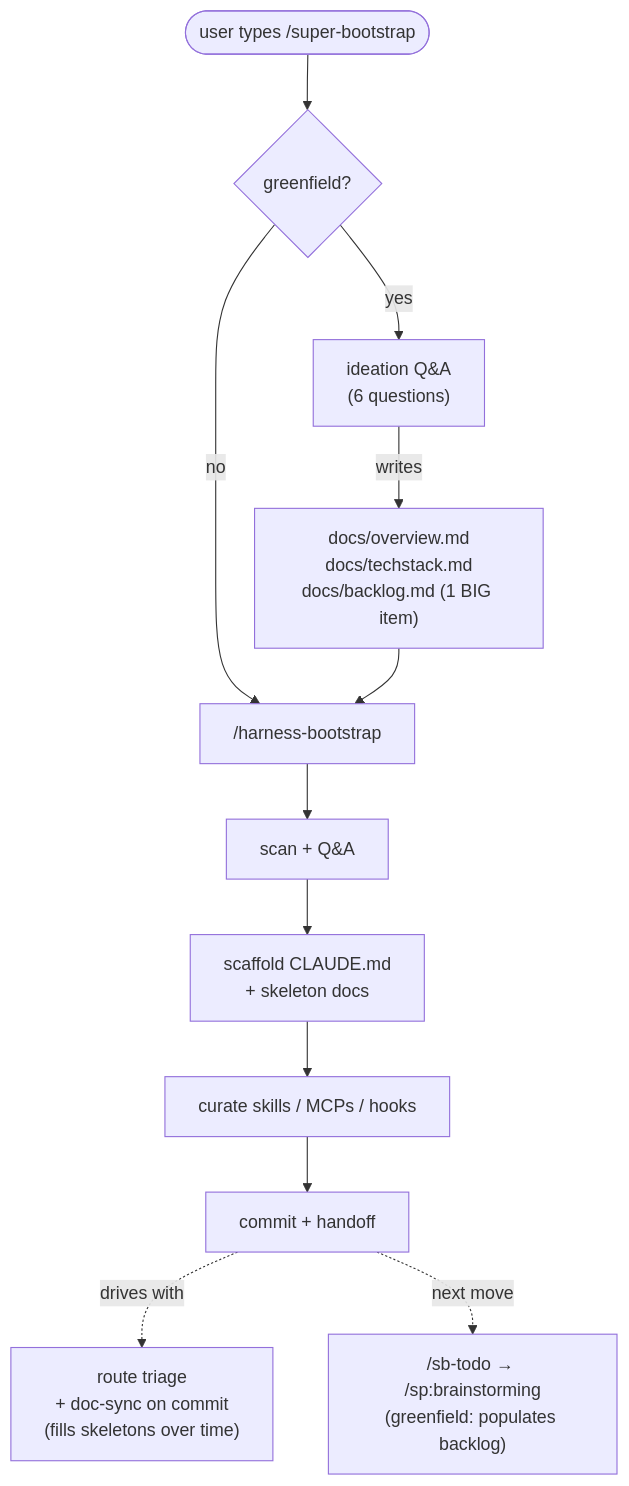
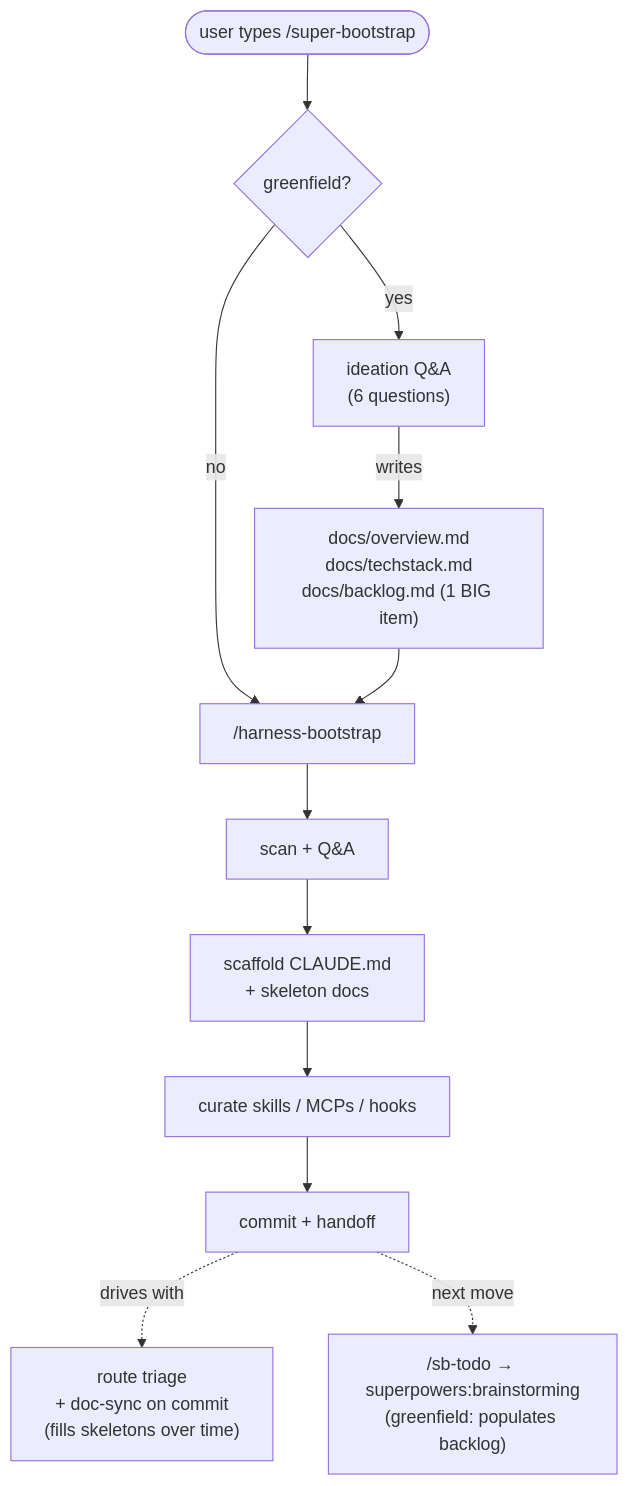
Before and after one commit to RockyHong/super-bootstrap: the diagram in README.md, drawn with Mermaid. The commit also changed other lines of this file, not shown here.

Commit message:
fix(readme): correct brainstorming invocation syntax
Final review caught README still using /sp:brainstorming after
fa6769f → f998c7e fixed it inside the skill. Two refs (prose +
mermaid label) updated to superpowers:brainstorming for consistency.

````diff
--- a/README.md
+++ b/README.md
@@ -47,15 +47,15 @@
 ```mermaid
 flowchart TD
     user(["user types /super-bootstrap"])
     user --> gate{"greenfield?"}
     gate -->|yes| ideate["ideation Q&A<br/>(6 questions)"]
     gate -->|no| harness
     ideate -->|writes| seeds["docs/overview.md<br/>docs/techstack.md<br/>docs/backlog.md (1 BIG item)"]
     seeds --> harness["/harness-bootstrap"]
     harness --> scan["scan + Q&A"]
     scan --> scaffold["scaffold CLAUDE.md<br/>+ skeleton docs"]
     scaffold --> curate["curate skills / MCPs / hooks"]
     curate --> commit["commit + handoff"]
     commit -.->|drives with| engine["route triage<br/>+ doc-sync on commit<br/>(fills skeletons over time)"]
-    commit -.->|next move| sbtodo["/sb-todo → /sp:brainstorming<br/>(greenfield: populates backlog)"]
+    commit -.->|next move| sbtodo["/sb-todo → superpowers:brainstorming<br/>(greenfield: populates backlog)"]
 ```
````
